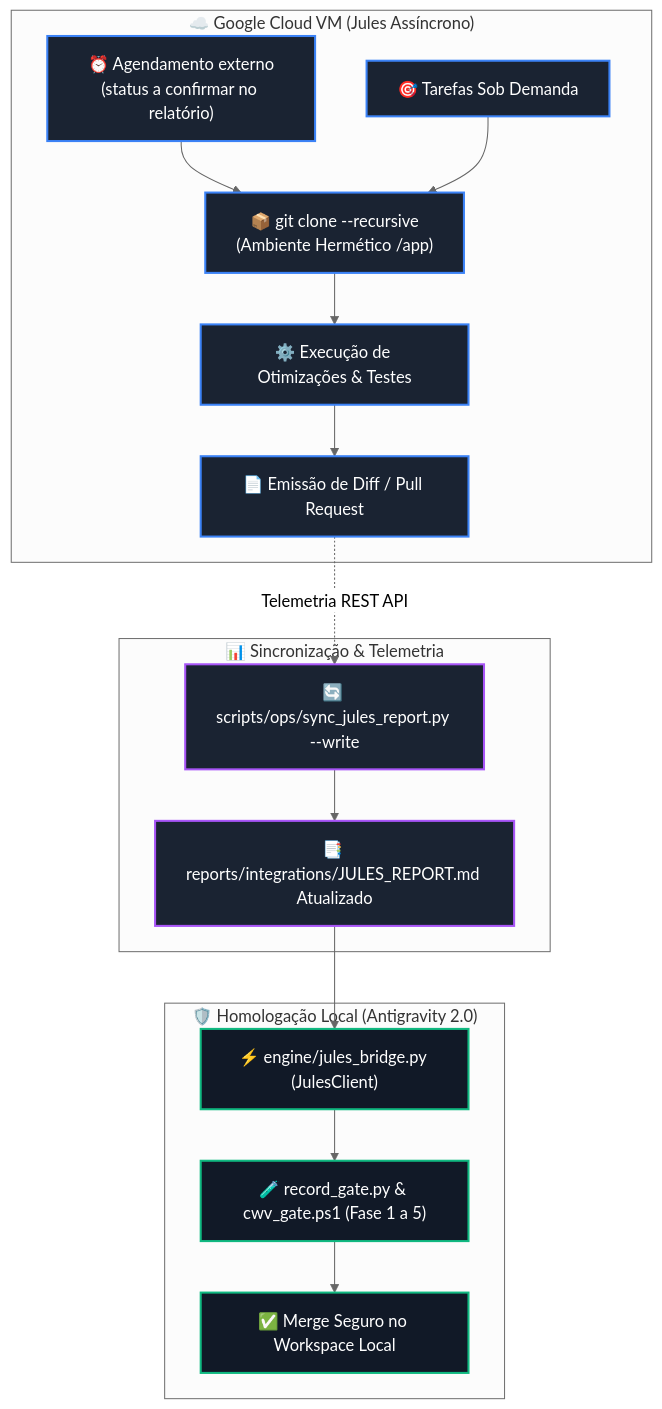
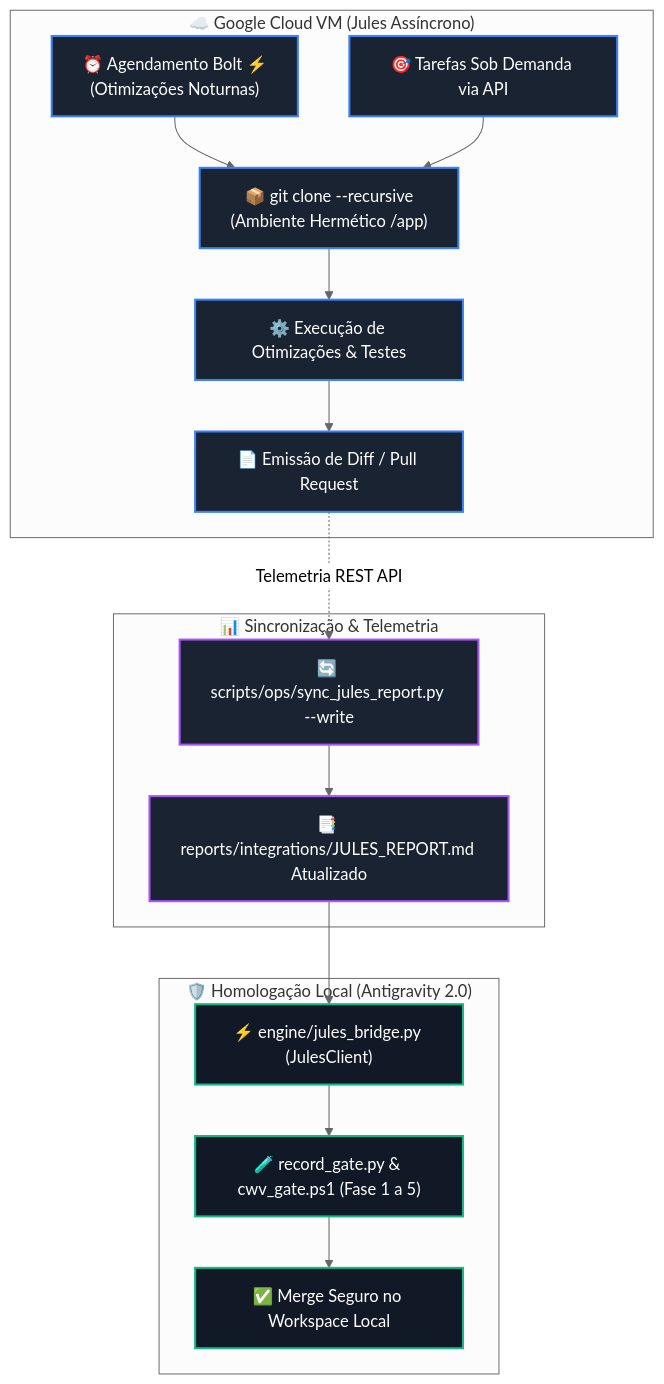
The diagram in .agents/skills/google-jules-cloud/SKILL.md (RaphaelVitoi/Site), drawn with Mermaid (neutral theme) before and after one commit. The commit also changed other lines of this file and 24 other files, not shown here.

````diff
--- a/.agents/skills/google-jules-cloud/SKILL.md
+++ b/.agents/skills/google-jules-cloud/SKILL.md
@@ -60,32 +49,32 @@
 ```mermaid
 flowchart TD
     subgraph Nuvem["☁️ Google Cloud VM (Jules Assíncrono)"]
-        Cron["⏰ Agendamento externo\n(status a confirmar no relatório)"]
-        Task["🎯 Tarefas Sob Demanda"]
+        Cron["⏰ Agendamento Bolt ⚡\n(Otimizações Noturnas)"]
+        Task["🎯 Tarefas Sob Demanda via API"]
         Clone["📦 git clone --recursive\n(Ambiente Hermético /app)"]
         Exec["⚙️ Execução de Otimizações & Testes"]
         Diff["📄 Emissão de Diff / Pull Request"]
         Cron --> Clone --> Exec --> Diff
         Task --> Clone
     end
 
     subgraph Rastreamento["📊 Sincronização & Telemetria"]
         Sync["🔄 scripts/ops/sync_jules_report.py --write"]
         Report["📑 reports/integrations/JULES_REPORT.md Atualizado"]
         Diff -.->|Telemetria REST API| Sync --> Report
     end
 
     subgraph Validacao["🛡️ Homologação Local (Antigravity 2.0)"]
         Bridge["⚡ engine/jules_bridge.py (JulesClient)"]
         Gate["🧪 record_gate.py & cwv_gate.ps1 (Fase 1 a 5)"]
         Apply["✅ Merge Seguro no Workspace Local"]
         Report --> Bridge --> Gate --> Apply
     end
 
     classDef cloud fill:#1a2332,stroke:#3b82f6,stroke-width:2px,color:#fff;
     classDef sync fill:#1a2332,stroke:#a855f7,stroke-width:2px,color:#fff;
     classDef local fill:#111927,stroke:#10b981,stroke-width:2px,color:#fff;
     class Cron,Task,Clone,Exec,Diff cloud;
     class Sync,Report sync;
     class Bridge,Gate,Apply local;
 ```
````
